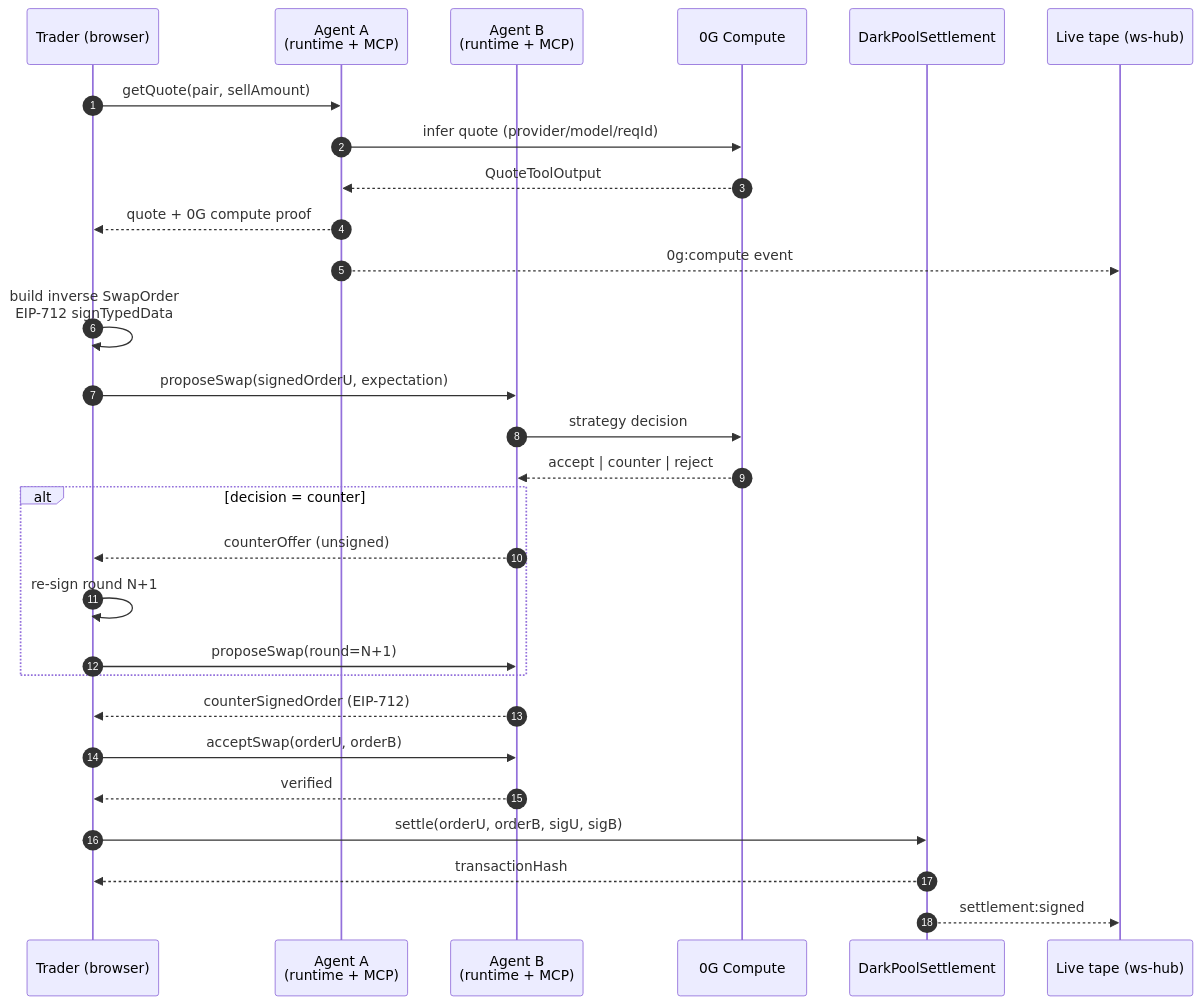
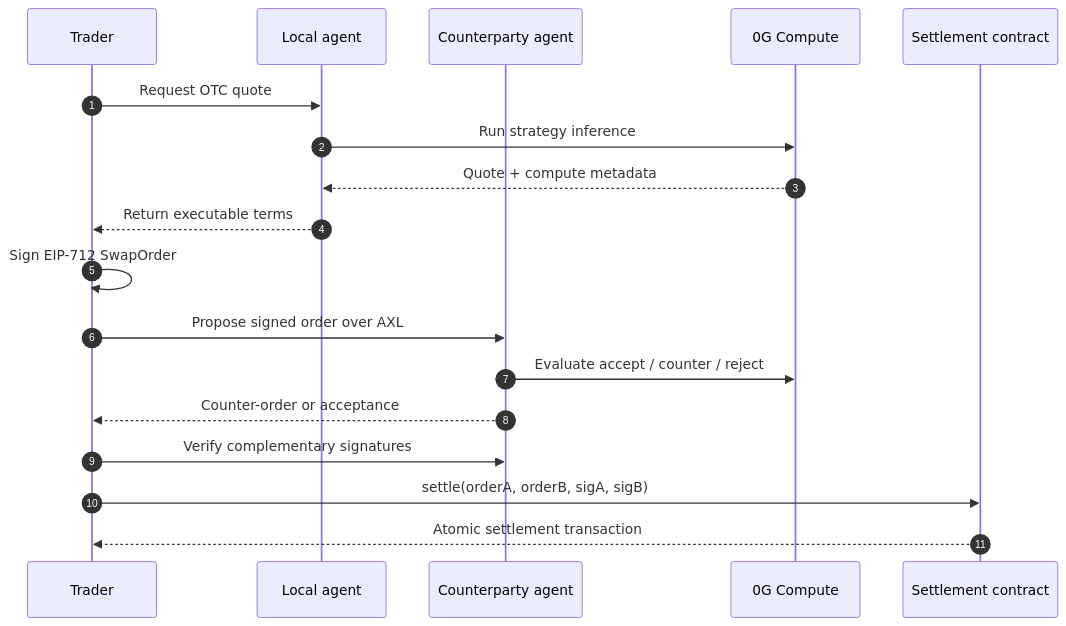
Before and after one commit to drparadox05/Darkpool: the second of 2 diagrams in README.md, drawn with Mermaid. The commit also changed other lines of this file, not shown here.

````diff
--- a/README.md
+++ b/README.md
@@ -97,34 +62,21 @@
 ```mermaid
 sequenceDiagram
     autonumber
-    participant U as Trader (browser)
-    participant A as Agent A<br/>(runtime + MCP)
-    participant B as Agent B<br/>(runtime + MCP)
+    participant U as Trader
+    participant A as Local agent
+    participant B as Counterparty agent
     participant C as 0G Compute
-    participant S as DarkPoolSettlement
-    participant T as Live tape (ws-hub)
+    participant S as Settlement contract
 
-    U->>A: getQuote(pair, sellAmount)
-    A->>C: infer quote (provider/model/reqId)
-    C-->>A: QuoteToolOutput
-    A-->>U: quote + 0G compute proof
-    A-->>T: 0g:compute event
-
-    U->>U: build inverse SwapOrder<br/>EIP-712 signTypedData
-    U->>B: proposeSwap(signedOrderU, expectation)
-    B->>C: strategy decision
-    C-->>B: accept | counter | reject
-
-    alt decision = counter
-        B-->>U: counterOffer (unsigned)
-        U->>U: re-sign round N+1
-        U->>B: proposeSwap(round=N+1)
-    end
-
-    B-->>U: counterSignedOrder (EIP-712)
-    U->>B: acceptSwap(orderU, orderB)
-    B-->>U: verified
-    U->>S: settle(orderU, orderB, sigU, sigB)
-    S-->>U: transactionHash
-    S-->>T: settlement:signed
+    U->>A: Request OTC quote
+    A->>C: Run strategy inference
+    C-->>A: Quote + compute metadata
+    A-->>U: Return executable terms
+    U->>U: Sign EIP-712 SwapOrder
+    U->>B: Propose signed order over AXL
+    B->>C: Evaluate accept / counter / reject
+    B-->>U: Counter-order or acceptance
+    U->>B: Verify complementary signatures
+    U->>S: settle(orderA, orderB, sigA, sigB)
+    S-->>U: Atomic settlement transaction
 ```
````
